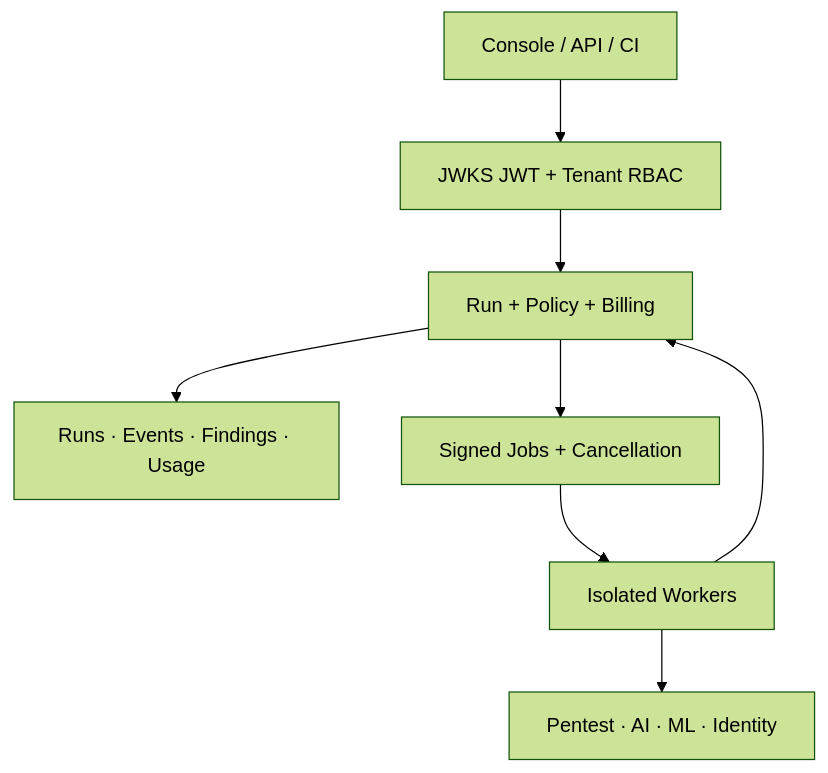
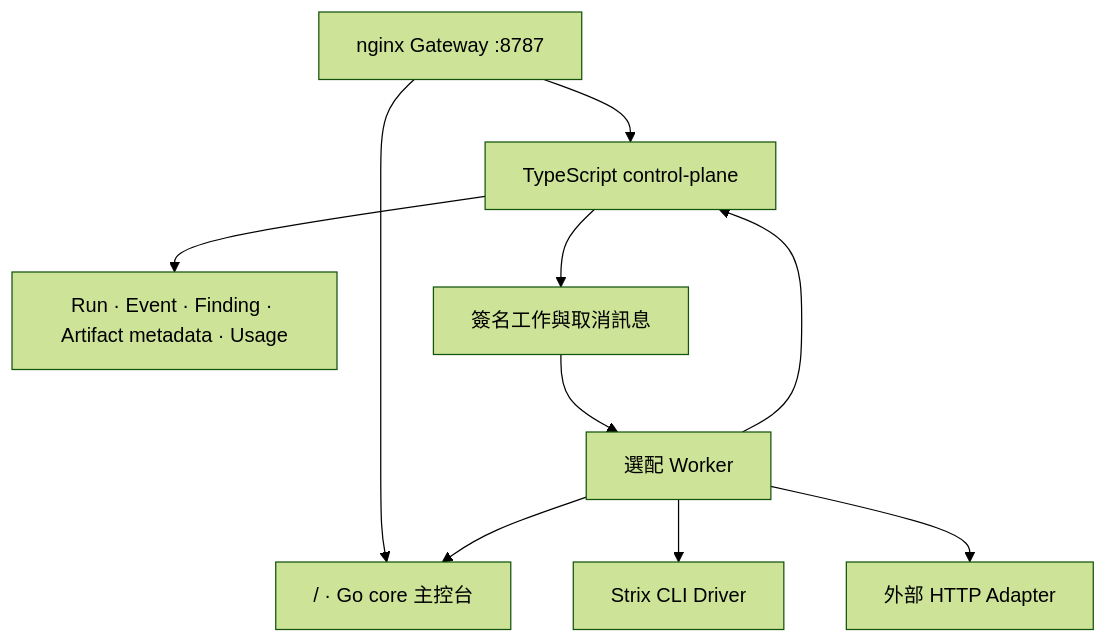
The first of 2 diagrams in docs/jysec-architecture.md (TIAN0517/JySecAI), drawn with Mermaid (forest theme) before and after one commit. The commit also changed other lines of this file and 29 other files, not shown here.

````diff
--- a/docs/jysec-architecture.md
+++ b/docs/jysec-architecture.md
@@ -7,10 +9,12 @@
 ```mermaid
 flowchart TB
-    Client["Console / API / CI"] --> Gateway["JWKS JWT + Tenant RBAC"]
-    Gateway --> Control["Run + Policy + Billing"]
-    Control --> Postgres["Runs · Events · Findings · Usage"]
-    Control --> Redis["Signed Jobs + Cancellation"]
-    Redis --> Workers["Isolated Workers"]
-    Workers --> Engines["Pentest · AI · ML · Identity"]
-    Workers --> Control
+    Gateway["nginx Gateway :8787"] --> Core["/ · Go core 主控台"]
+    Gateway --> Control["TypeScript control-plane"]
+    Control --> Postgres["Run · Event · Finding · Artifact metadata · Usage"]
+    Control --> Redis["簽名工作與取消訊息"]
+    Redis --> Worker["選配 Worker"]
+    Worker --> Strix["Strix CLI Driver"]
+    Worker --> Adapter["外部 HTTP Adapter"]
+    Worker --> Core
+    Worker --> Control
 ```
````
